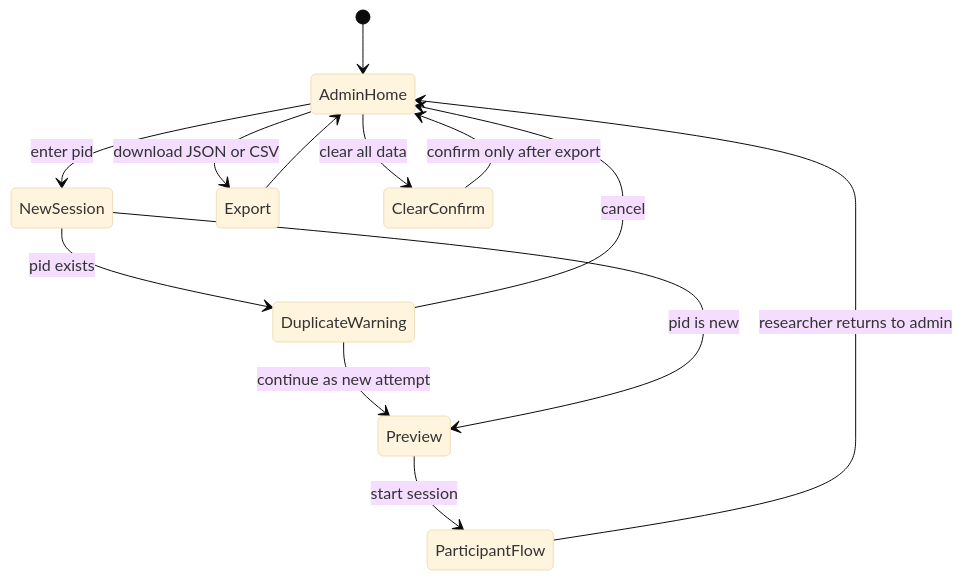
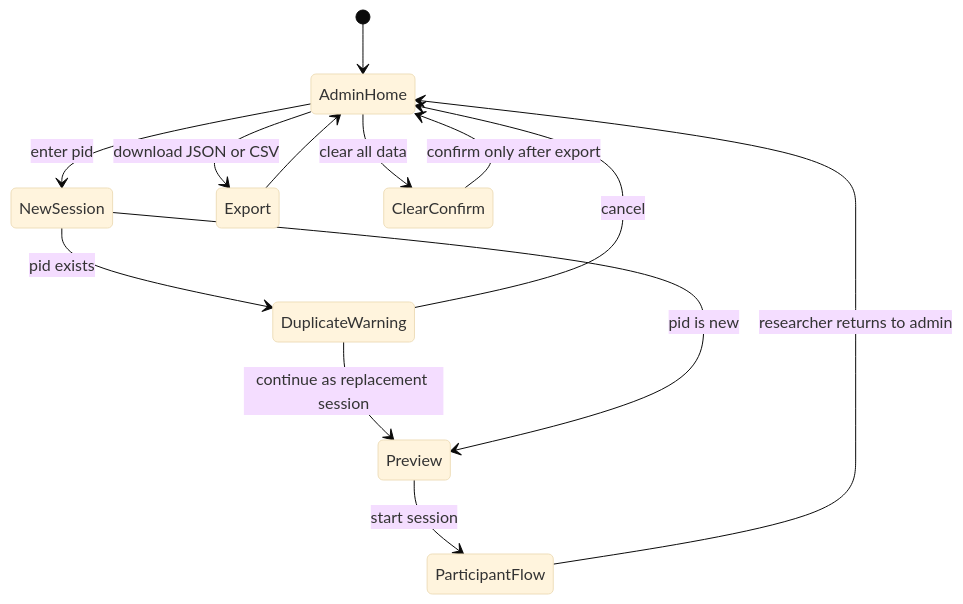
One commit to bibekgupta3333/HCI changed the second of 2 diagrams in docs/system-design.md. Above: the diagram before and after it, drawn with Mermaid (base theme). The commit also changed other lines of this file and 27 other files, not shown here.

````diff
--- a/docs/system-design.md
+++ b/docs/system-design.md
@@ -102,15 +136,15 @@
 ```mermaid
 stateDiagram-v2
     [*] --> AdminHome
     AdminHome --> NewSession : enter pid
     NewSession --> DuplicateWarning : pid exists
     DuplicateWarning --> AdminHome : cancel
-    DuplicateWarning --> Preview : continue as new attempt
+    DuplicateWarning --> Preview : continue as replacement session
     NewSession --> Preview : pid is new
     Preview --> ParticipantFlow : start session
     ParticipantFlow --> AdminHome : researcher returns to admin
     AdminHome --> Export : download JSON or CSV
     Export --> AdminHome
     AdminHome --> ClearConfirm : clear all data
     ClearConfirm --> AdminHome : confirm only after export
 ```
````
